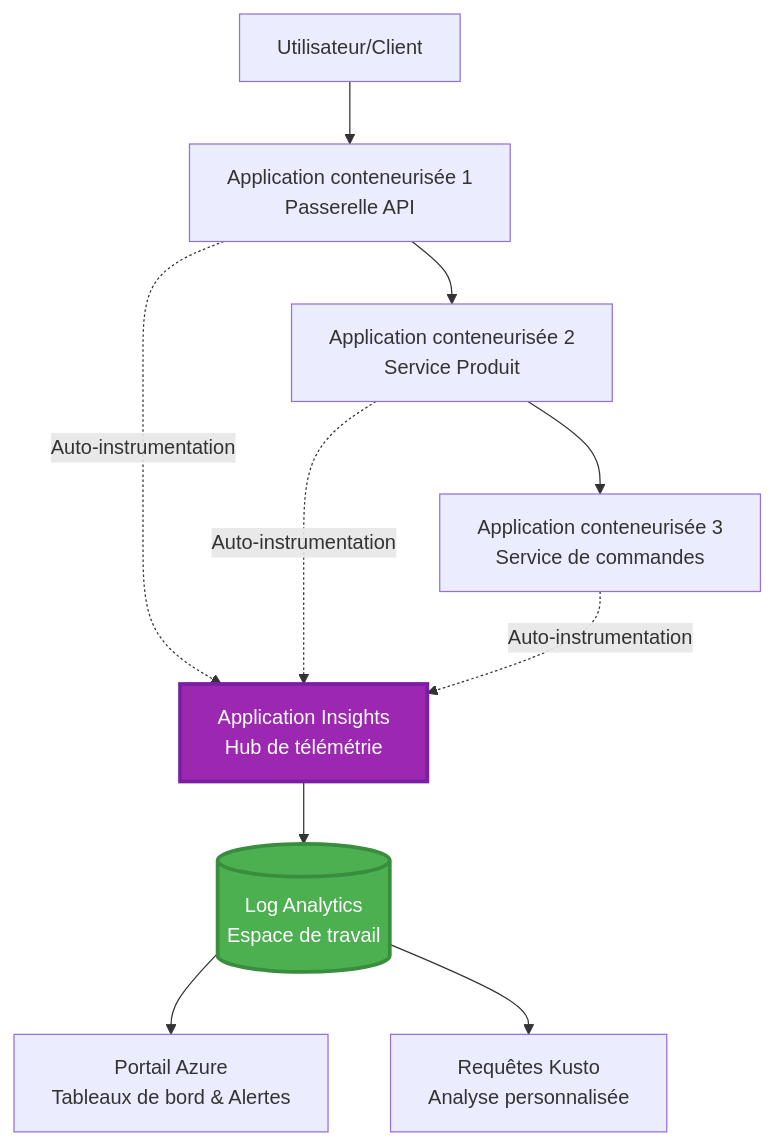
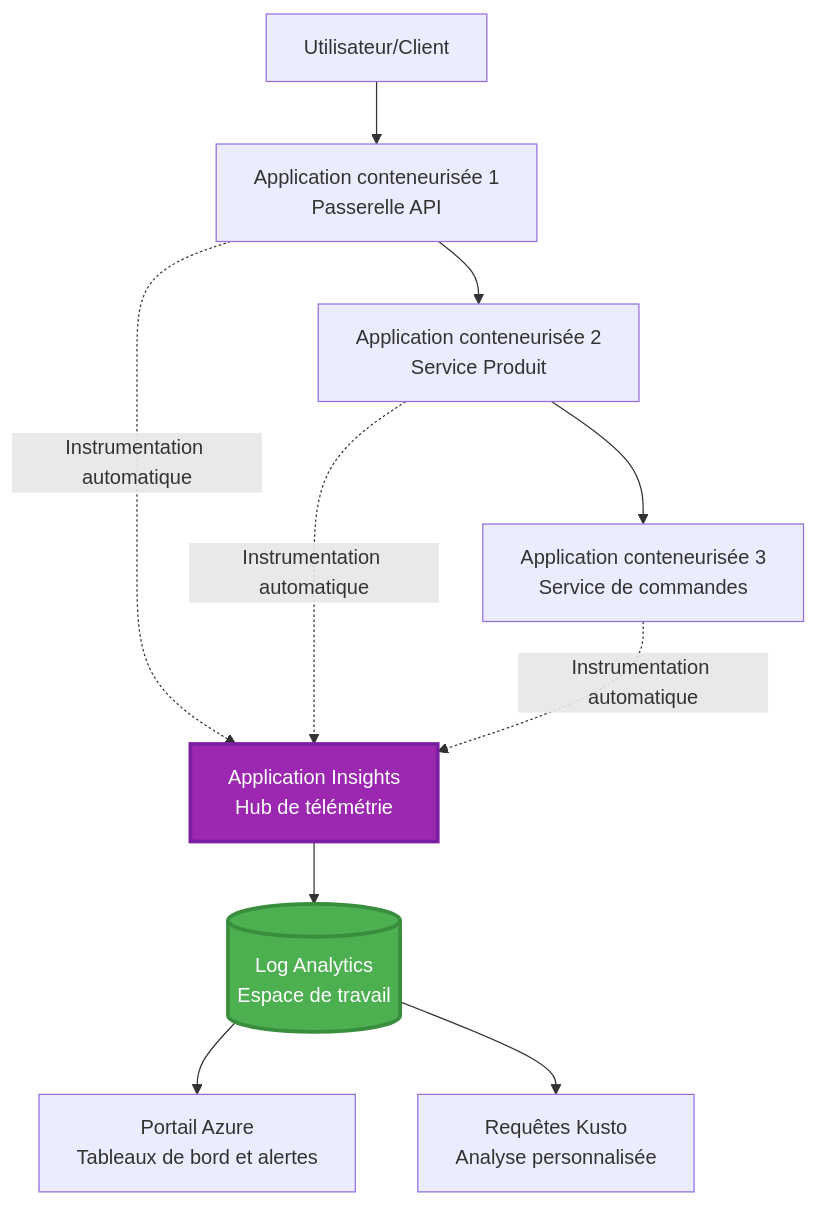
One commit to microsoft/AZD-for-beginners changed the first of 2 diagrams in translations/fr/docs/chapter-06-pre-deployment/application-insights.md. Above: the diagram before and after it, drawn with Mermaid. The commit also changed other lines of this file and 101 other files, not shown here.

````diff
--- a/translations/fr/docs/chapter-06-pre-deployment/application-insights.md
+++ b/translations/fr/docs/chapter-06-pre-deployment/application-insights.md
@@ -58,28 +58,28 @@
 ```mermaid
 graph TB
     User[Utilisateur/Client]
     App1[Application conteneurisée 1<br/>Passerelle API]
     App2[Application conteneurisée 2<br/>Service Produit]
     App3[Application conteneurisée 3<br/>Service de commandes]
     
     AppInsights[Application Insights<br/>Hub de télémétrie]
     LogAnalytics[(Log Analytics<br/>Espace de travail)]
     
-    Portal[Portail Azure<br/>Tableaux de bord & Alertes]
+    Portal[Portail Azure<br/>Tableaux de bord et alertes]
     Query[Requêtes Kusto<br/>Analyse personnalisée]
     
     User --> App1
     App1 --> App2
     App2 --> App3
     
-    App1 -.->|Auto-instrumentation| AppInsights
-    App2 -.->|Auto-instrumentation| AppInsights
-    App3 -.->|Auto-instrumentation| AppInsights
+    App1 -.->|Instrumentation automatique| AppInsights
+    App2 -.->|Instrumentation automatique| AppInsights
+    App3 -.->|Instrumentation automatique| AppInsights
     
     AppInsights --> LogAnalytics
     LogAnalytics --> Portal
     LogAnalytics --> Query
     
     style AppInsights fill:#9C27B0,stroke:#7B1FA2,stroke-width:3px,color:#fff
     style LogAnalytics fill:#4CAF50,stroke:#388E3C,stroke-width:3px,color:#fff
 ```
````
